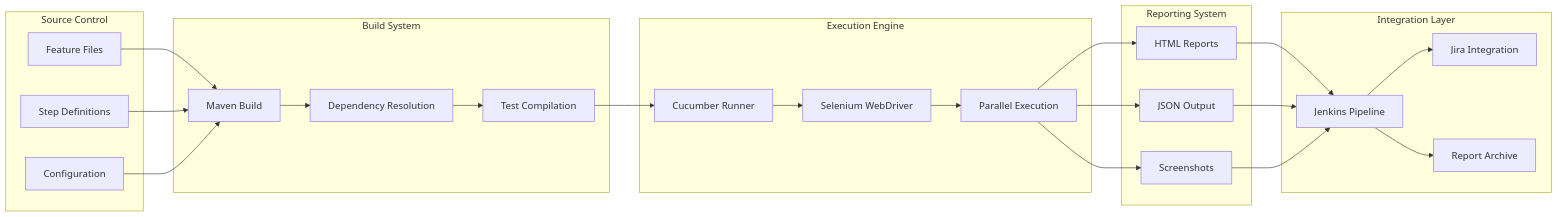
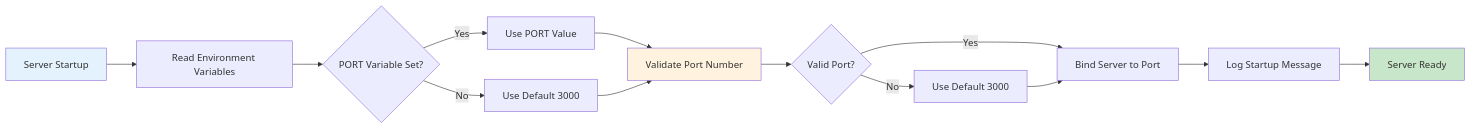
One commit to lakshya-blitzy/branch_August_lakshya_ changed the fourth of 47 diagrams in blitzy/documentation/Technical Specifications.md. Above: the diagram before and after it, drawn with Mermaid. The commit also changed other lines of this file, not shown here.

````diff
--- a/blitzy/documentation/Technical Specifications.md
+++ b/blitzy/documentation/Technical Specifications.md
@@ -1418,54 +1442,19 @@
 ```mermaid
 flowchart LR
-    subgraph "Source Control"
-        A[Feature Files]
-        B[Step Definitions]
-        C[Configuration]
-    end
+    A[Server Startup] --> B[Read Environment Variables]
+    B --> C{PORT Variable Set?}
+    C -->|Yes| D[Use PORT Value]
+    C -->|No| E[Use Default 3000]
+    D --> F[Validate Port Number]
+    E --> F
+    F --> G{Valid Port?}
+    G -->|Yes| H[Bind Server to Port]
+    G -->|No| I[Use Default 3000]
+    I --> H
+    H --> J[Log Startup Message]
+    J --> K[Server Ready]
     
-    subgraph "Build System"
-        D[Maven Build]
-        E[Dependency Resolution]
-        F[Test Compilation]
-    end
-    
-    subgraph "Execution Engine"
-        G[Cucumber Runner]
-        H[Selenium WebDriver]
-        I[Parallel Execution]
-    end
-    
-    subgraph "Reporting System"
-        J[HTML Reports]
-        K[JSON Output]
-        L[Screenshots]
-    end
-    
-    subgraph "Integration Layer"
-        M[Jenkins Pipeline]
-        N[Jira Integration]
-        O[Report Archive]
-    end
-    
-    A --> D
-    B --> D
-    C --> D
-    
-    D --> E
-    E --> F
-    F --> G
-    
-    G --> H
-    H --> I
-    
-    I --> J
-    I --> K
-    I --> L
-    
-    J --> M
-    K --> M
-    L --> M
-    
-    M --> N
-    M --> O
+    style A fill:#e3f2fd
+    style K fill:#c8e6c9
+    style F fill:#fff3e0
 ```
````
